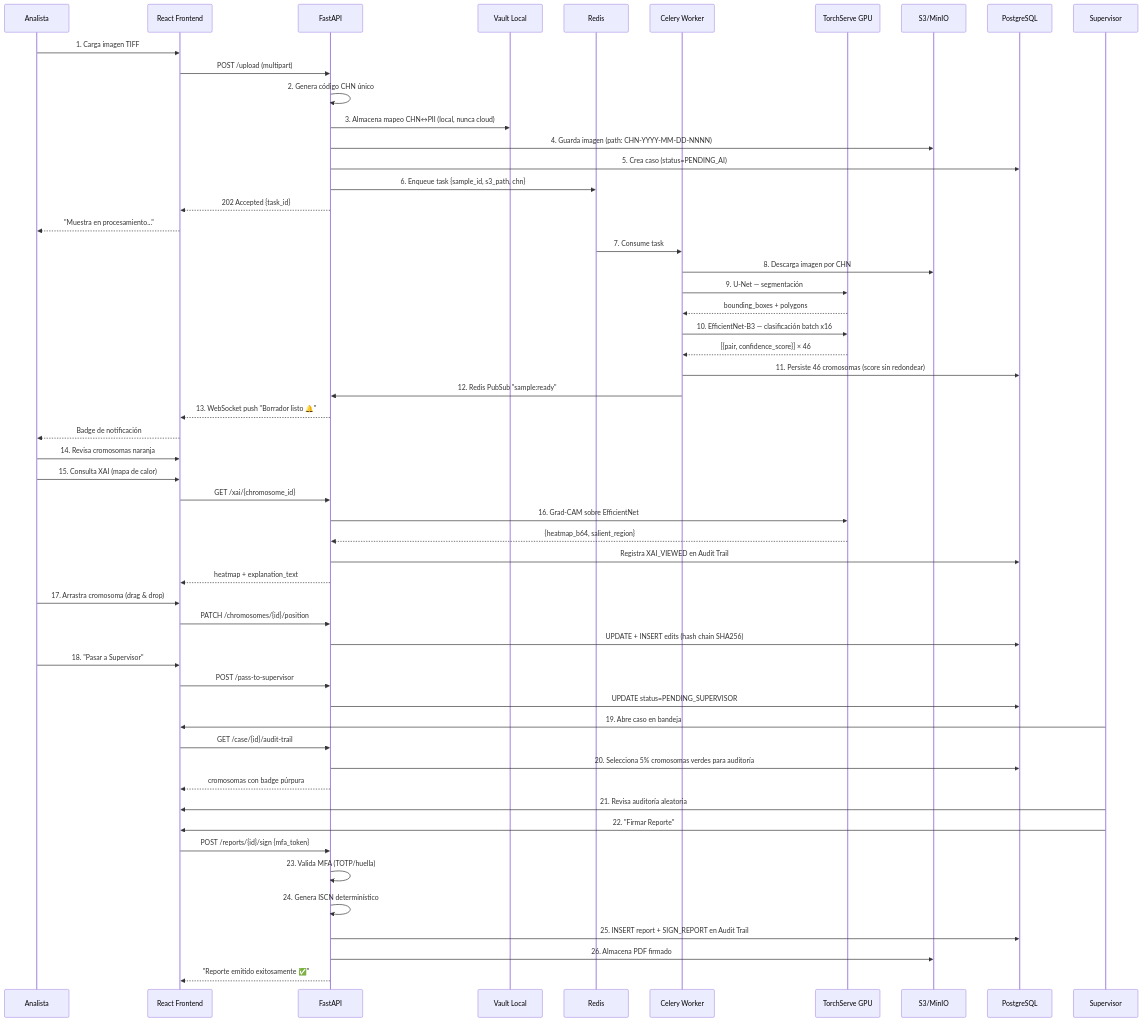
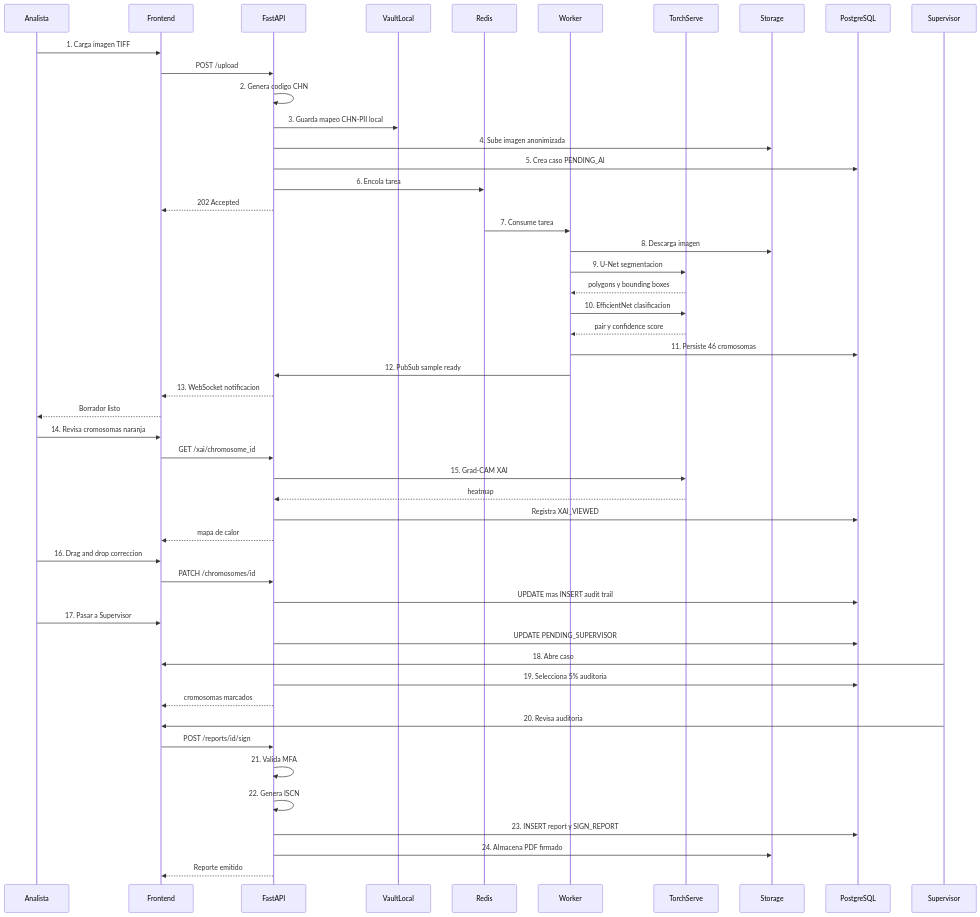
Before and after one commit to guillemc92/karyoumss: the sixth of 6 diagrams in docs/PRD_v2.md, drawn with Mermaid. The commit also changed other lines of this file, not shown here.

First line of the commit message:
fix(prd): Fix Mermaid diagrams for GitHub rendering

````diff
--- a/docs/PRD_v2.md
+++ b/docs/PRD_v2.md
@@ -749,62 +731,57 @@
 ```mermaid
 sequenceDiagram
     participant A as Analista
-    participant UI as React Frontend
+    participant UI as Frontend
     participant API as FastAPI
-    participant V as Vault Local
+    participant V as VaultLocal
     participant R as Redis
-    participant W as Celery Worker
-    participant T as TorchServe GPU
-    participant S3 as S3/MinIO
+    participant W as Worker
+    participant T as TorchServe
+    participant S3 as Storage
     participant PG as PostgreSQL
     participant S as Supervisor
 
     A->>UI: 1. Carga imagen TIFF
-    UI->>API: POST /upload (multipart)
-    API->>API: 2. Genera código CHN único
-    API->>V: 3. Almacena mapeo CHN↔PII (local, nunca cloud)
-    API->>S3: 4. Guarda imagen (path: CHN-YYYY-MM-DD-NNNN)
-    API->>PG: 5. Crea caso (status=PENDING_AI)
-    API->>R: 6. Enqueue task {sample_id, s3_path, chn}
-    API-->>UI: 202 Accepted {task_id}
-    UI-->>A: "Muestra en procesamiento..."
+    UI->>API: POST /upload
+    API->>API: 2. Genera codigo CHN
+    API->>V: 3. Guarda mapeo CHN-PII local
+    API->>S3: 4. Sube imagen anonimizada
+    API->>PG: 5. Crea caso PENDING_AI
+    API->>R: 6. Encola tarea
+    API-->>UI: 202 Accepted
 
-    R->>W: 7. Consume task
-    W->>S3: 8. Descarga imagen por CHN
-    W->>T: 9. U-Net — segmentación
-    T-->>W: bounding_boxes + polygons
-    W->>T: 10. EfficientNet-B3 — clasificación batch x16
-    T-->>W: [{pair, confidence_score}] × 46
-    W->>PG: 11. Persiste 46 cromosomas (score sin redondear)
-    W->>API: 12. Redis PubSub "sample:ready"
-    API-->>UI: 13. WebSocket push "Borrador listo 🔔"
-    UI-->>A: Badge de notificación
+    R->>W: 7. Consume tarea
+    W->>S3: 8. Descarga imagen
+    W->>T: 9. U-Net segmentacion
+    T-->>W: polygons y bounding boxes
+    W->>T: 10. EfficientNet clasificacion
+    T-->>W: pair y confidence score
+    W->>PG: 11. Persiste 46 cromosomas
+    W->>API: 12. PubSub sample ready
+    API-->>UI: 13. WebSocket notificacion
+    UI-->>A: Borrador listo
 
     A->>UI: 14. Revisa cromosomas naranja
-    A->>UI: 15. Consulta XAI (mapa de calor)
-    UI->>API: GET /xai/{chromosome_id}
-    API->>T: 16. Grad-CAM sobre EfficientNet
-    T-->>API: {heatmap_b64, salient_region}
-    API->>PG: Registra XAI_VIEWED en Audit Trail
-    API-->>UI: heatmap + explanation_text
-    A->>UI: 17. Arrastra cromosoma (drag & drop)
-    UI->>API: PATCH /chromosomes/{id}/position
-    API->>PG: UPDATE + INSERT edits (hash chain SHA256)
+    UI->>API: GET /xai/chromosome_id
+    API->>T: 15. Grad-CAM XAI
+    T-->>API: heatmap
+    API->>PG: Registra XAI_VIEWED
+    API-->>UI: mapa de calor
+    A->>UI: 16. Drag and drop correccion
+    UI->>API: PATCH /chromosomes/id
+    API->>PG: UPDATE mas INSERT audit trail
 
-    A->>UI: 18. "Pasar a Supervisor"
-    UI->>API: POST /pass-to-supervisor
-    API->>PG: UPDATE status=PENDING_SUPERVISOR
+    A->>UI: 17. Pasar a Supervisor
+    API->>PG: UPDATE PENDING_SUPERVISOR
 
-    S->>UI: 19. Abre caso en bandeja
-    UI->>API: GET /case/{id}/audit-trail
-    API->>PG: 20. Selecciona 5% cromosomas verdes para auditoría
-    API-->>UI: cromosomas con badge púrpura
-    S->>UI: 21. Revisa auditoría aleatoria
-    S->>UI: 22. "Firmar Reporte"
-    UI->>API: POST /reports/{id}/sign {mfa_token}
-    API->>API: 23. Valida MFA (TOTP/huella)
-    API->>API: 24. Genera ISCN determinístico
-    API->>PG: 25. INSERT report + SIGN_REPORT en Audit Trail
-    API->>S3: 26. Almacena PDF firmado
-    API-->>UI: "Reporte emitido exitosamente ✅"
+    S->>UI: 18. Abre caso
+    API->>PG: 19. Selecciona 5% auditoria
+    API-->>UI: cromosomas marcados
+    S->>UI: 20. Revisa auditoria
+    UI->>API: POST /reports/id/sign
+    API->>API: 21. Valida MFA
+    API->>API: 22. Genera ISCN
+    API->>PG: 23. INSERT report y SIGN_REPORT
+    API->>S3: 24. Almacena PDF firmado
+    API-->>UI: Reporte emitido
 ```
````
